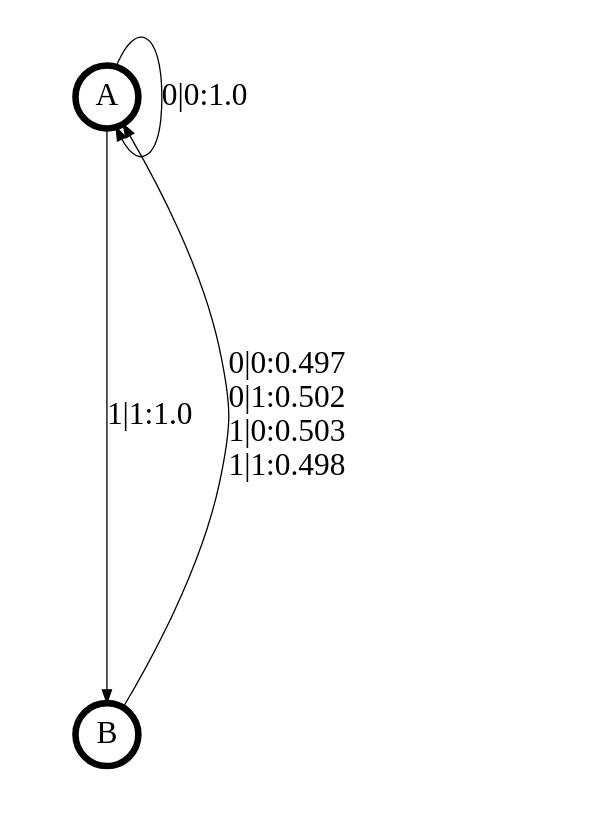
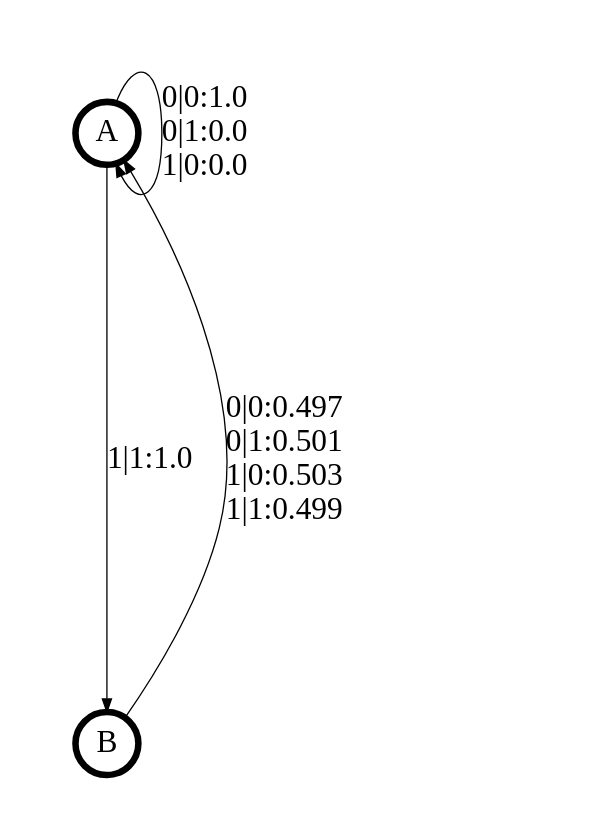
One commit to ddarmon/transCSSR changed the diagram in transCSSR_results/Xt_odd-random-channel+Yt_odd-random-channel.dot. Above: the diagram before and after it, drawn with Graphviz. The commit also changed 18 other files, not shown here.

```diff
--- a/transCSSR_results/Xt_odd-random-channel+Yt_odd-random-channel.dot
+++ b/transCSSR_results/Xt_odd-random-channel+Yt_odd-random-channel.dot
@@ -1,15 +1,15 @@
 digraph  {
 size = "6,8.5";
 ratio = "fill";
 node
 [shape = circle];
 node [fontsize = 24];
 node [penwidth = 5];
 edge [fontsize = 24];
 node [fontname = "CMU Serif Roman"];
 graph [fontname = "CMU Serif Roman"];
 edge [fontname = "CMU Serif Roman"];
-A -> A [label = "0|0:1.0\l"];
+A -> A [label = "0|0:1.0\l0|1:0.0\l1|0:0.0\l"];
 A -> B [label = "1|1:1.0\l"];
-B -> A [label = "0|0:0.497\l0|1:0.502\l1|0:0.503\l1|1:0.498\l"];
+B -> A [label = "0|0:0.497\l0|1:0.501\l1|0:0.503\l1|1:0.499\l"];
 }
```
